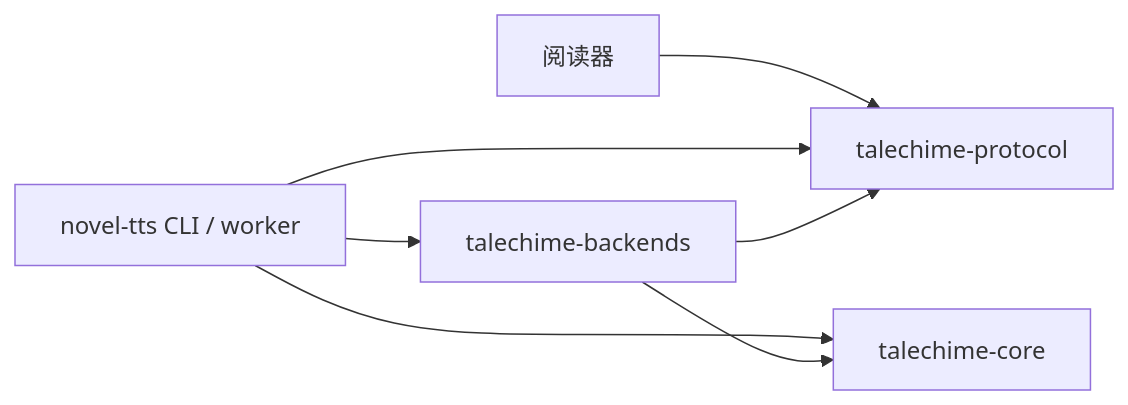
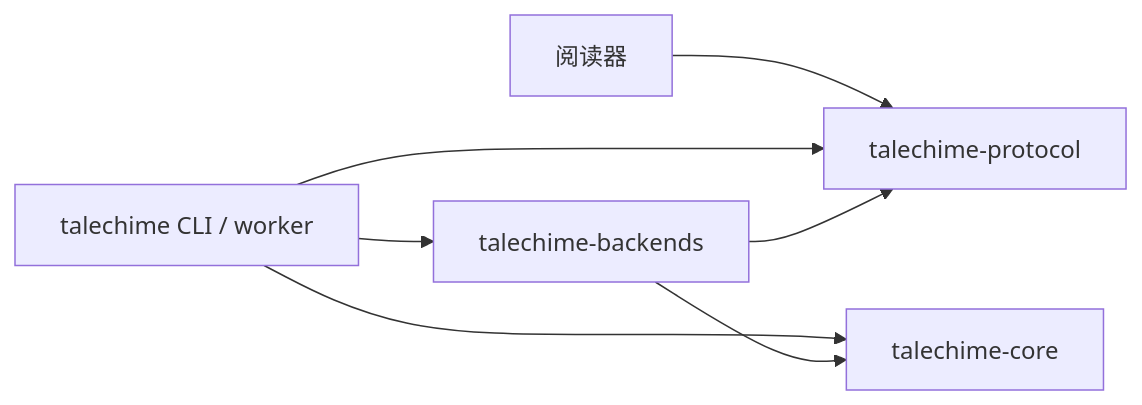
One commit to yexiyue/talechime changed the diagram in crates/talechime-backends/README.md. Above: the diagram before and after it, drawn with Mermaid. The commit also changed other lines of this file and 56 other files, not shown here.

````diff
--- a/crates/talechime-backends/README.md
+++ b/crates/talechime-backends/README.md
@@ -5,9 +5,9 @@
 ```mermaid
 flowchart LR
     Reader[阅读器] --> Protocol[talechime-protocol]
-    CLI[novel-tts CLI / worker] --> Protocol
+    CLI[talechime CLI / worker] --> Protocol
     CLI --> Core[talechime-core]
     CLI --> Backends[talechime-backends]
     Backends --> Core
     Backends --> Protocol
 ```
````
